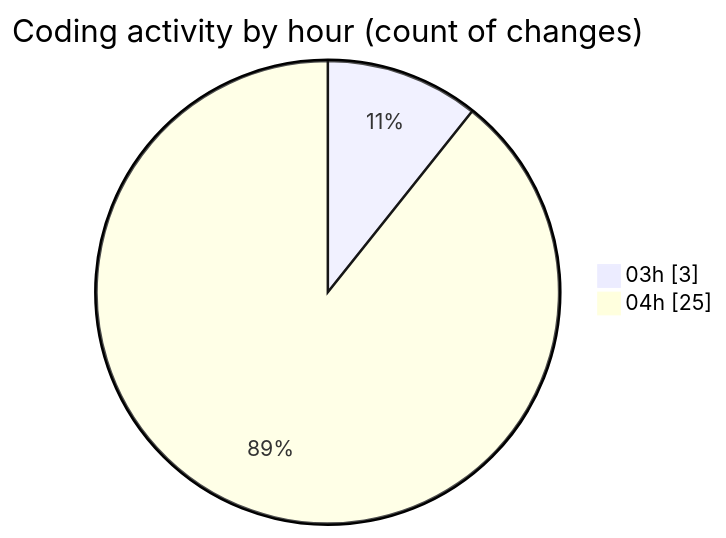
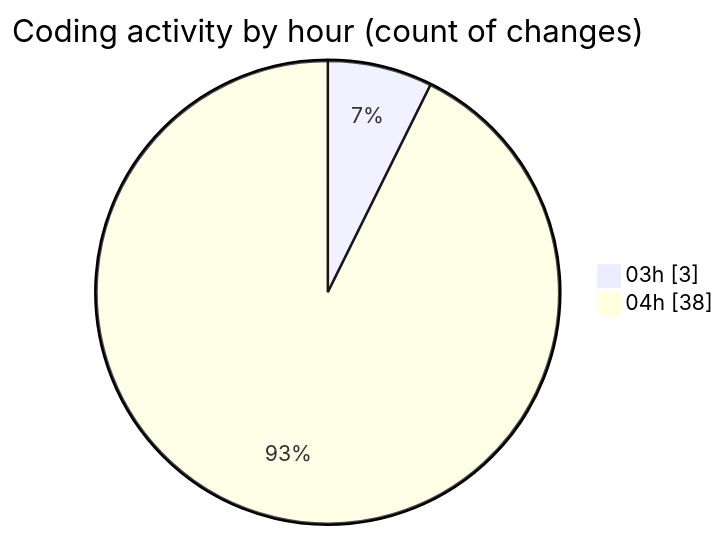
The second of 2 diagrams in 2025-01-03/tinycms/README.md (ernivani/code-tracking), drawn with Mermaid before and after one commit. The commit also changed other lines of this file and 2 other files, not shown here.

````diff
--- a/2025-01-03/tinycms/README.md
+++ b/2025-01-03/tinycms/README.md
@@ -40,6 +40,6 @@
 ```mermaid
 pie showData
 title Coding activity by hour (count of changes)
 "03h" : 3
-"04h" : 25
+"04h" : 38
 ```
````
